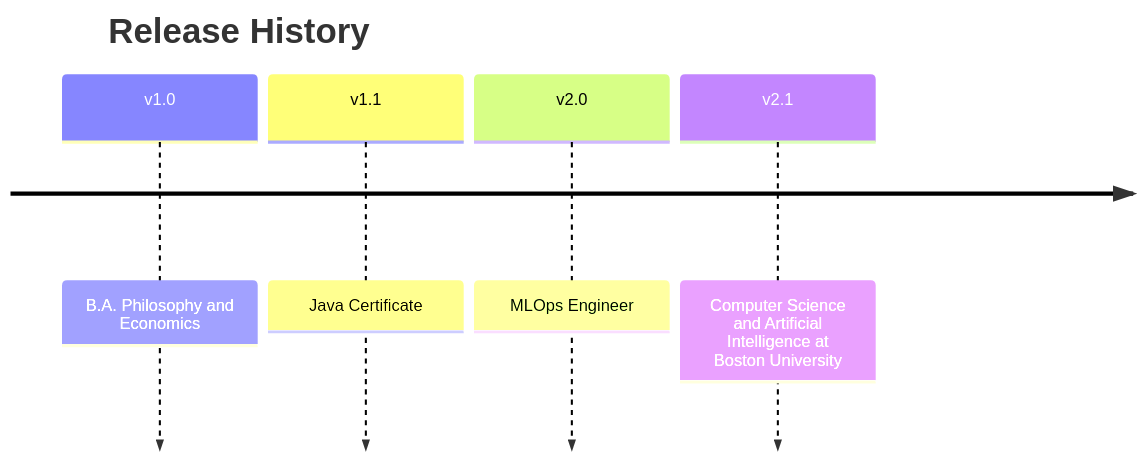
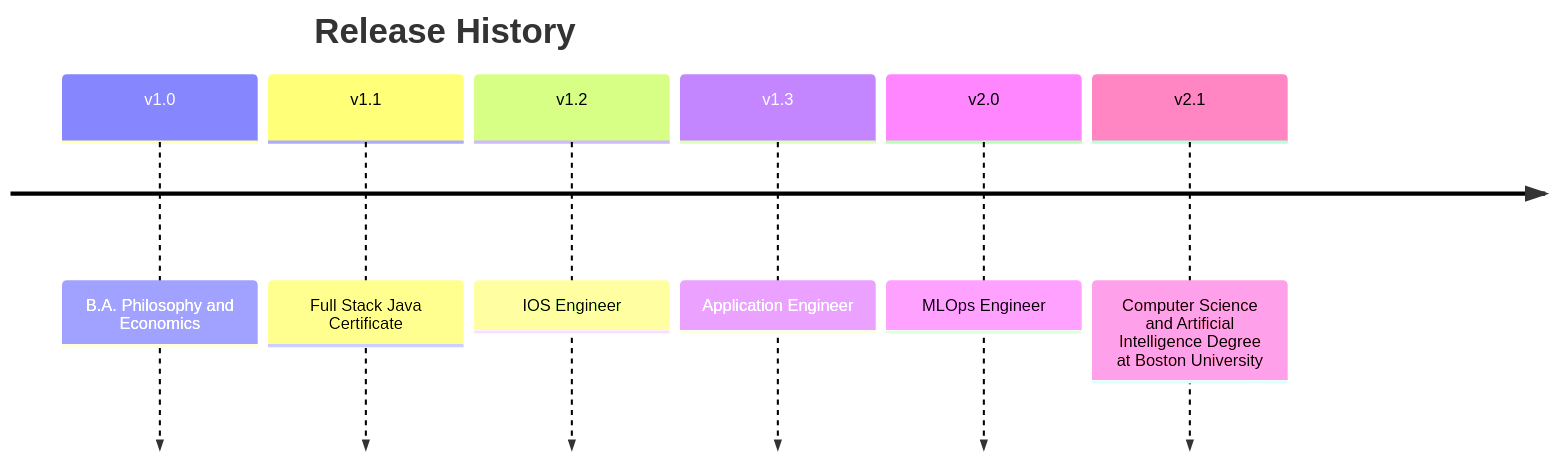
The fifth of 5 diagrams in README.md (joshuaA236/joshuaA236), drawn with Mermaid before and after one commit. The commit also changed other lines of this file, not shown here.

````diff
--- a/README.md
+++ b/README.md
@@ -106,8 +110,10 @@
 ```mermaid
 timeline
   title Release History
   v1.0: B.A. Philosophy and Economics
-  v1.1: Java Certificate
+  v1.1: Full Stack Java Certificate
+  v1.2: IOS Engineer
+  v1.3: Application Engineer
   v2.0: MLOps Engineer
-  v2.1: Computer Science and Artificial Intelligence at Boston University
+  v2.1: Computer Science and Artificial Intelligence Degree at Boston University
 ```
````
